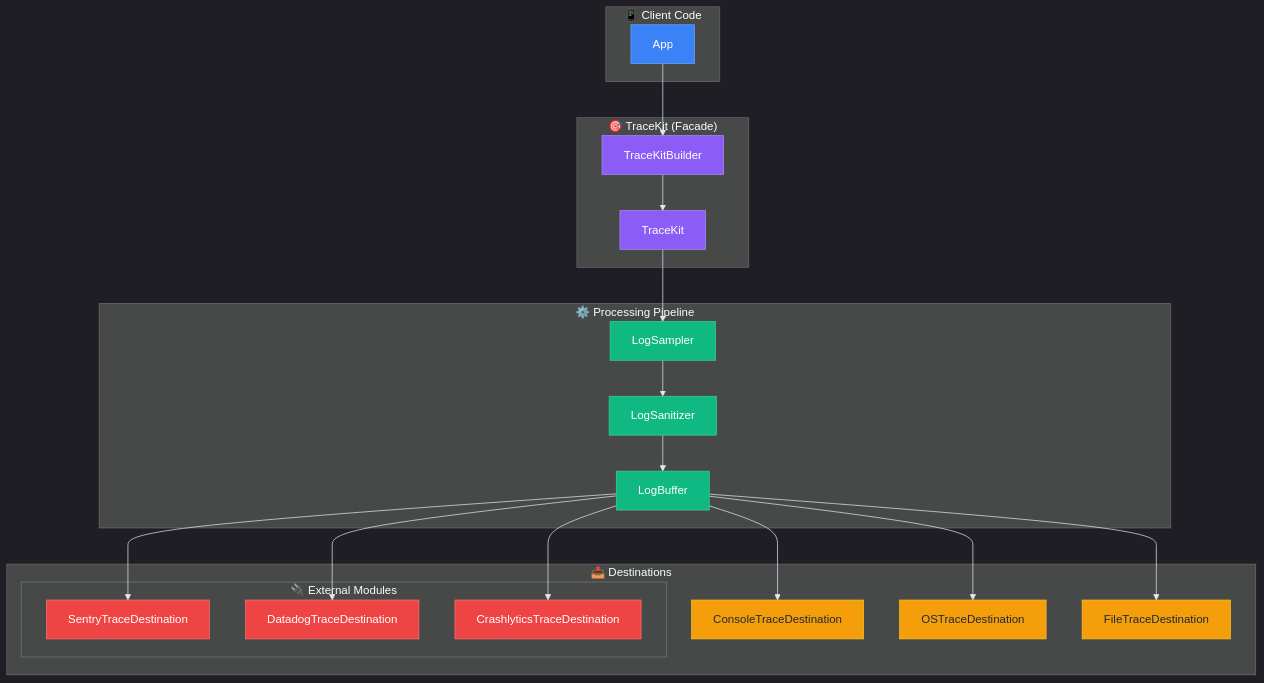
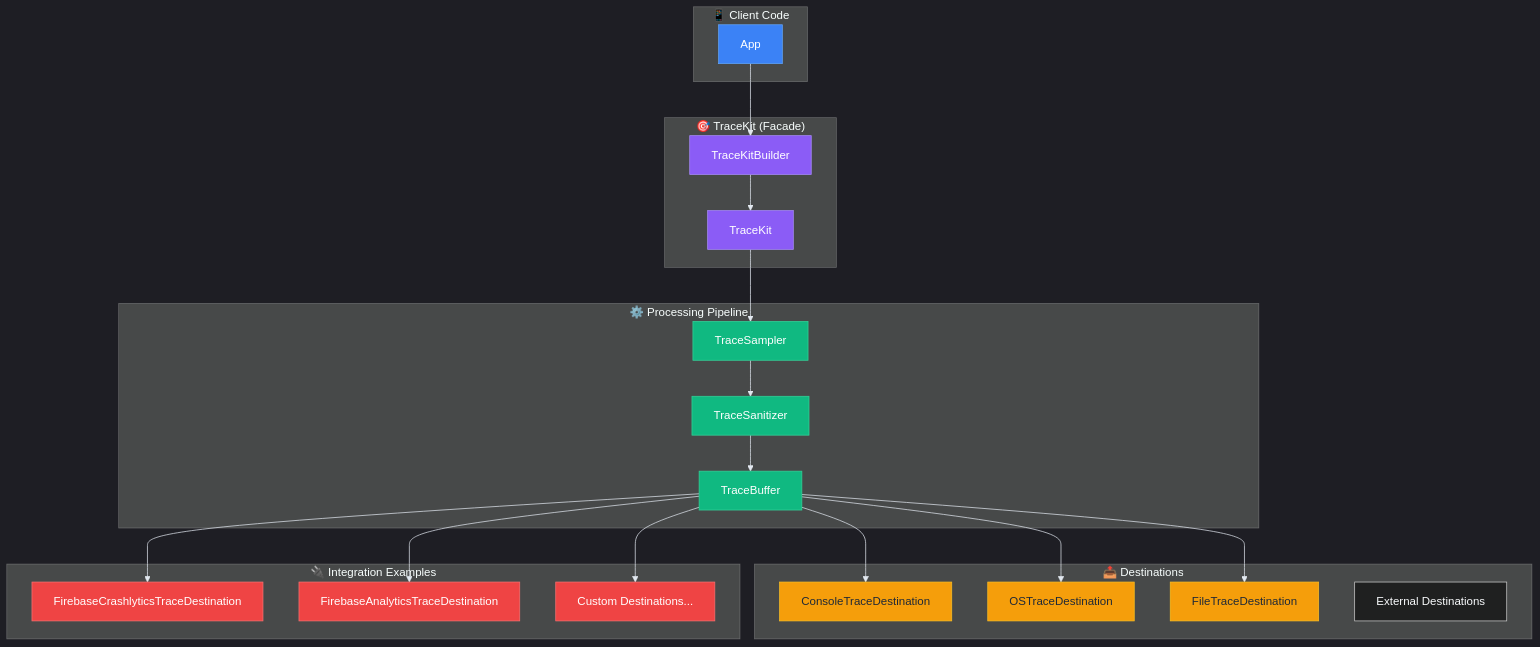
One commit to Jimmy-Jung/TraceKit changed the first of 3 diagrams in Documents/02-아키텍처.md. Above: the diagram before and after it, drawn with Mermaid. The commit also changed other lines of this file and 5 other files, not shown here.

````diff
--- a/Documents/02-아키텍처.md
+++ b/Documents/02-아키텍처.md
@@ -12,58 +12,58 @@
 ```mermaid
 %%{init: {
   'theme': 'dark',
   'themeVariables': { 'lineColor': '#e2e8f0', 'textColor': '#f8fafc' }
 }}%%
 flowchart TB
     subgraph Client["📱 Client Code"]
         App["App"]
     end
     
     subgraph TraceKit["🎯 TraceKit (Facade)"]
         L["TraceKit"]
         LB["TraceKitBuilder"]
     end
     
     subgraph Pipeline["⚙️ Processing Pipeline"]
-        Sampler["LogSampler"]
-        Sanitizer["LogSanitizer"]
-        Buffer["LogBuffer"]
+        Sampler["TraceSampler"]
+        Sanitizer["TraceSanitizer"]
+        Buffer["TraceBuffer"]
     end
     
     subgraph Destinations["📤 Destinations"]
         Console["ConsoleTraceDestination"]
         OSLog["OSTraceDestination"]
         File["FileTraceDestination"]
         External["External Destinations"]
     end
     
-    subgraph External["🔌 External Modules"]
-        Sentry["SentryTraceDestination"]
-        Datadog["DatadogTraceDestination"]
-        Firebase["CrashlyticsTraceDestination"]
+    subgraph ExternalIntegrations["🔌 Integration Examples"]
+        FirebaseCrashlytics["FirebaseCrashlyticsTraceDestination"]
+        FirebaseAnalytics["FirebaseAnalyticsTraceDestination"]
+        Custom["Custom Destinations..."]
     end
     
     App --> LB
     LB --> L
     L --> Sampler
     Sampler --> Sanitizer
     Sanitizer --> Buffer
     Buffer --> Console
     Buffer --> OSLog
     Buffer --> File
-    Buffer --> Sentry
-    Buffer --> Datadog
-    Buffer --> Firebase
+    Buffer --> FirebaseCrashlytics
+    Buffer --> FirebaseAnalytics
+    Buffer --> Custom
     
     classDef client fill:#3b82f6,stroke:#60a5fa,color:#ffffff
     classDef logger fill:#8b5cf6,stroke:#a78bfa,color:#ffffff
     classDef pipeline fill:#10b981,stroke:#34d399,color:#ffffff
     classDef dest fill:#f59e0b,stroke:#fbbf24,color:#1f2937
     classDef external fill:#ef4444,stroke:#f87171,color:#ffffff
     
     class App client
     class L,LB logger
     class Sampler,Sanitizer,Buffer pipeline
     class Console,OSLog,File dest
-    class Sentry,Datadog,Firebase external
+    class FirebaseCrashlytics,FirebaseAnalytics,Custom external
 ```
````
